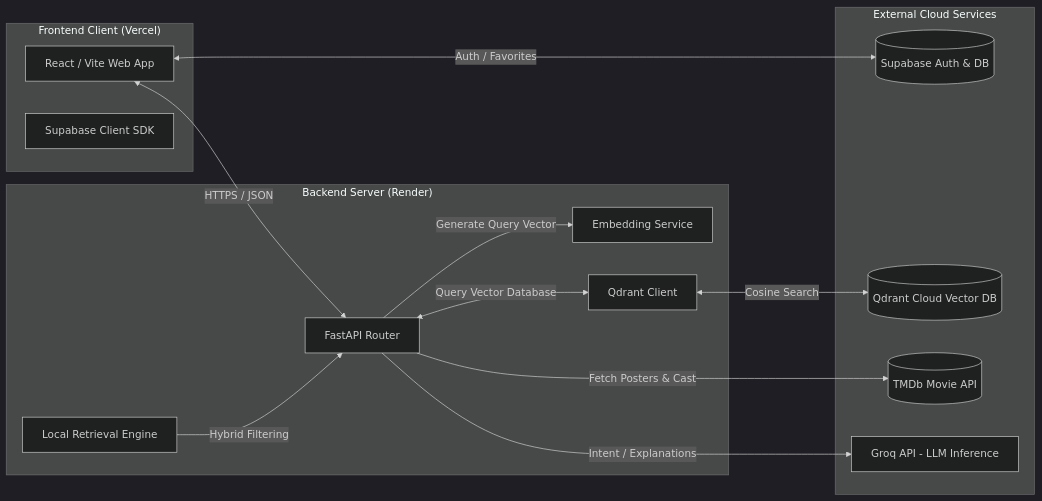
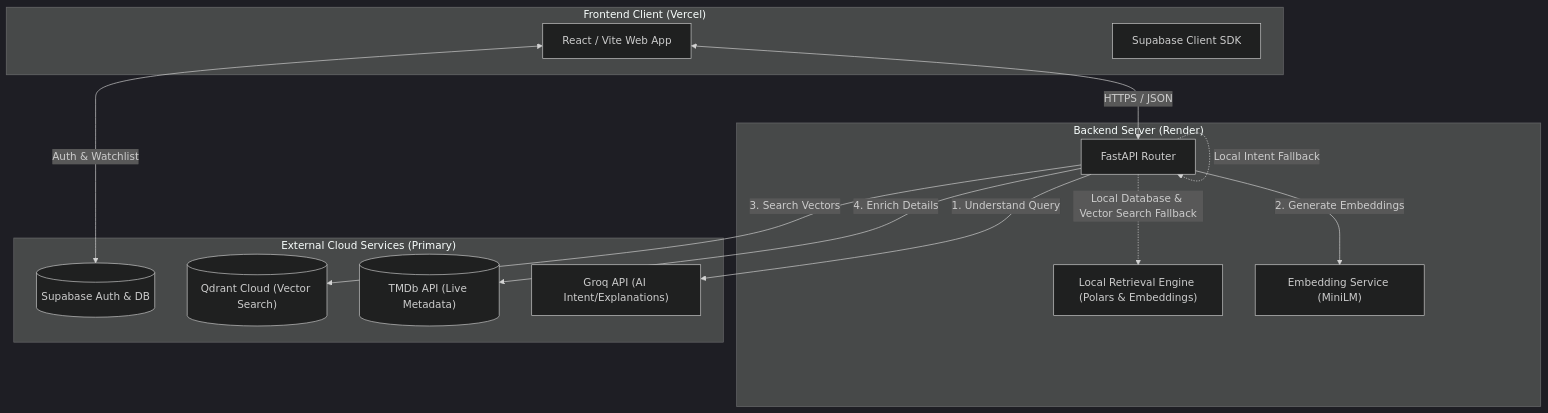
One commit to Manthan-Railkar/ChitraAI changed the first of 2 diagrams in README.md. Above: the diagram before and after it, drawn with Mermaid (dark theme). The commit also changed other lines of this file and 1 other file, not shown here.

````diff
--- a/README.md
+++ b/README.md
@@ -52,30 +52,31 @@
 ```mermaid
-graph LR
+graph TD
     subgraph "Frontend Client (Vercel)"
-        UI[React / Vite Web App]
-        SupaSDK[Supabase Client SDK]
+        UI["React / Vite Web App"]
+        SupaSDK["Supabase Client SDK"]
     end
 
     subgraph "Backend Server (Render)"
-        API[FastAPI Router]
-        LocalRet[Local Retrieval Engine]
-        EmbSrv[Embedding Service]
-        QdrantClient[Qdrant Client]
+        API["FastAPI Router"]
+        LocalRet["Local Retrieval Engine (Polars & Embeddings)"]
+        EmbSrv["Embedding Service (MiniLM)"]
     end
 
-    subgraph "External Cloud Services"
-        Supabase[(Supabase Auth & DB)]
-        QdrantCloud[(Qdrant Cloud Vector DB)]
-        TMDb[(TMDb Movie API)]
-        Groq[Groq API - LLM Inference]
+    subgraph "External Cloud Services (Primary)"
+        Supabase[("Supabase Auth & DB")]
+        QdrantCloud[("Qdrant Cloud (Vector Search)")]
+        TMDb[("TMDb API (Live Metadata)")]
+        Groq["Groq API (AI Intent/Explanations)"]
     end
 
     UI <-->|HTTPS / JSON| API
-    UI <-->|Auth / Favorites| Supabase
-    API -->|Generate Query Vector| EmbSrv
-    API -->|Fetch Posters & Cast| TMDb
-    API -->|Intent / Explanations| Groq
-    LocalRet -->|Hybrid Filtering| API
-    QdrantClient <-->|Cosine Search| QdrantCloud
-    API <-->|Query Vector Database| QdrantClient
+    UI <-->|Auth & Watchlist| Supabase
+    API -->|1. Understand Query| Groq
+    API -->|2. Generate Embeddings| EmbSrv
+    API -->|3. Search Vectors| QdrantCloud
+    API -->|4. Enrich Details| TMDb
+
+    %% Fallback routes
+    API -.->|Local Intent Fallback| API
+    API -.->|Local Database & Vector Search Fallback| LocalRet
 ```
````
